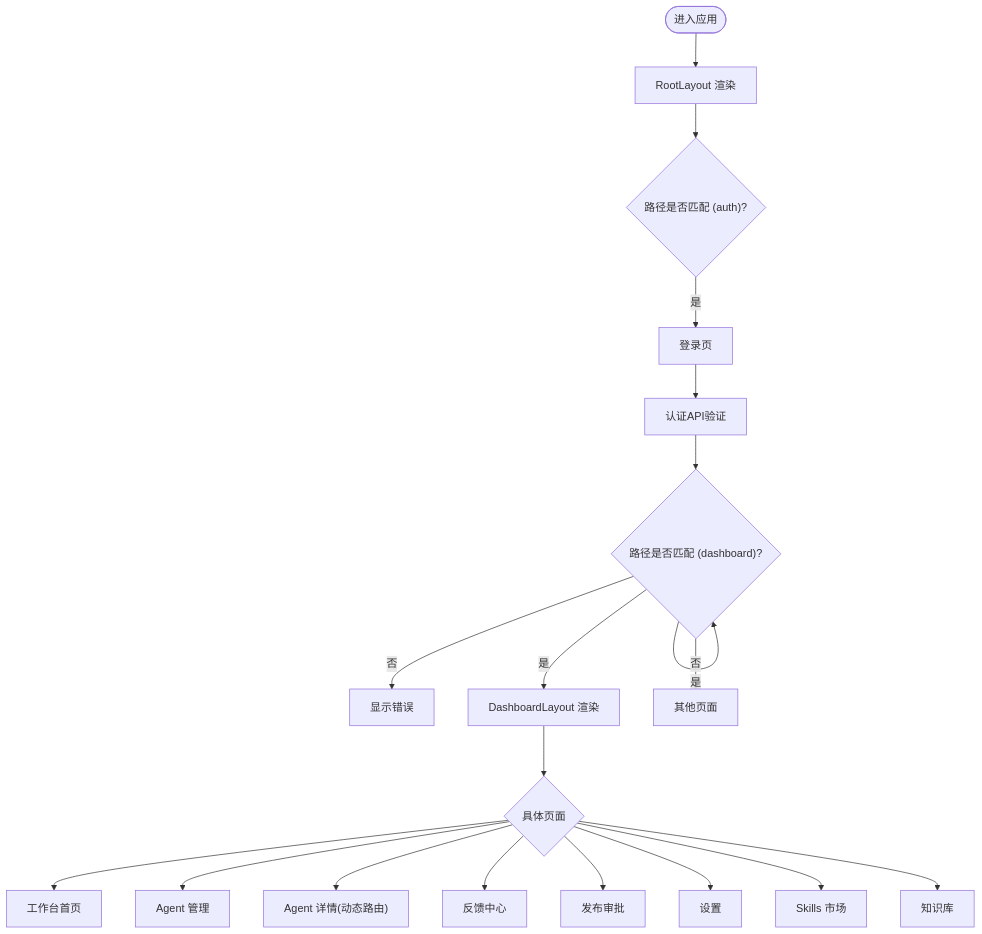
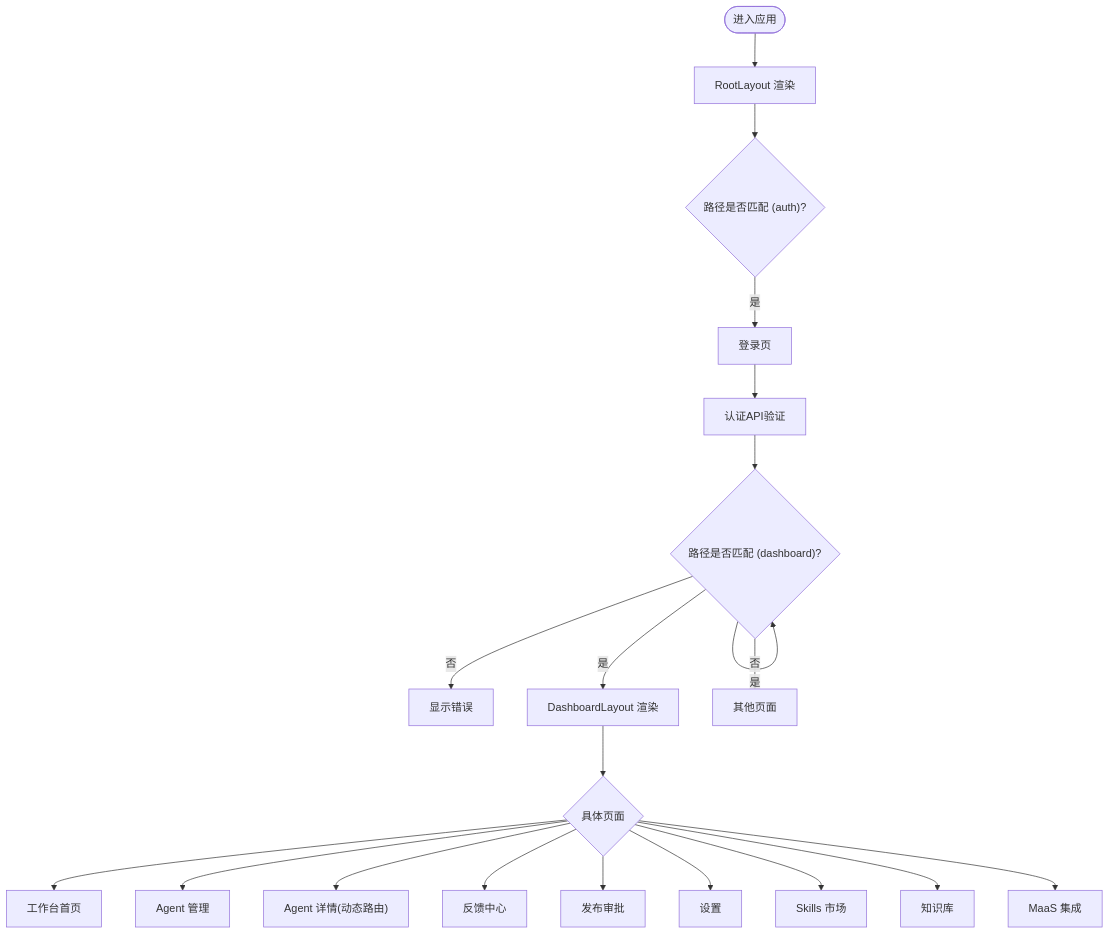
Before and after one commit to ai-guru-global/agent-up: the fifth of 9 diagrams in .qoder/repowiki/zh/content/前端架构.md, drawn with Mermaid. The commit also changed other lines of this file and 20 other files, not shown here.

````diff
--- a/.qoder/repowiki/zh/content/前端架构.md
+++ b/.qoder/repowiki/zh/content/前端架构.md
@@ -341,21 +362,22 @@
 ```mermaid
 flowchart TD
 Start(["进入应用"]) --> Root["RootLayout 渲染"]
 Root --> Auth{"路径是否匹配 (auth)?"}
 Auth --> |是| Login["登录页"]
 Login --> AuthAPI["认证API验证"]
 AuthAPI --> Dash{"认证是否成功?"}
 Dash --> |否| Error["显示错误"]
 Dash --> |是| Dash{"路径是否匹配 (dashboard)?"}
 Dash --> |是| DashLayout["DashboardLayout 渲染"]
 DashLayout --> Page{"具体页面"}
 Page --> Home["工作台首页"]
 Page --> Agents["Agent 管理"]
 Page --> Detail["Agent 详情(动态路由)"]
 Page --> Feedback["反馈中心"]
 Page --> Releases["发布审批"]
 Page --> Settings["设置"]
 Page --> Skills["Skills 市场"]
 Page --> Wiki["知识库"]
+Page --> Maas["MaaS 集成"]
 Dash --> |否| NotFound["其他页面"]
 ```
````
